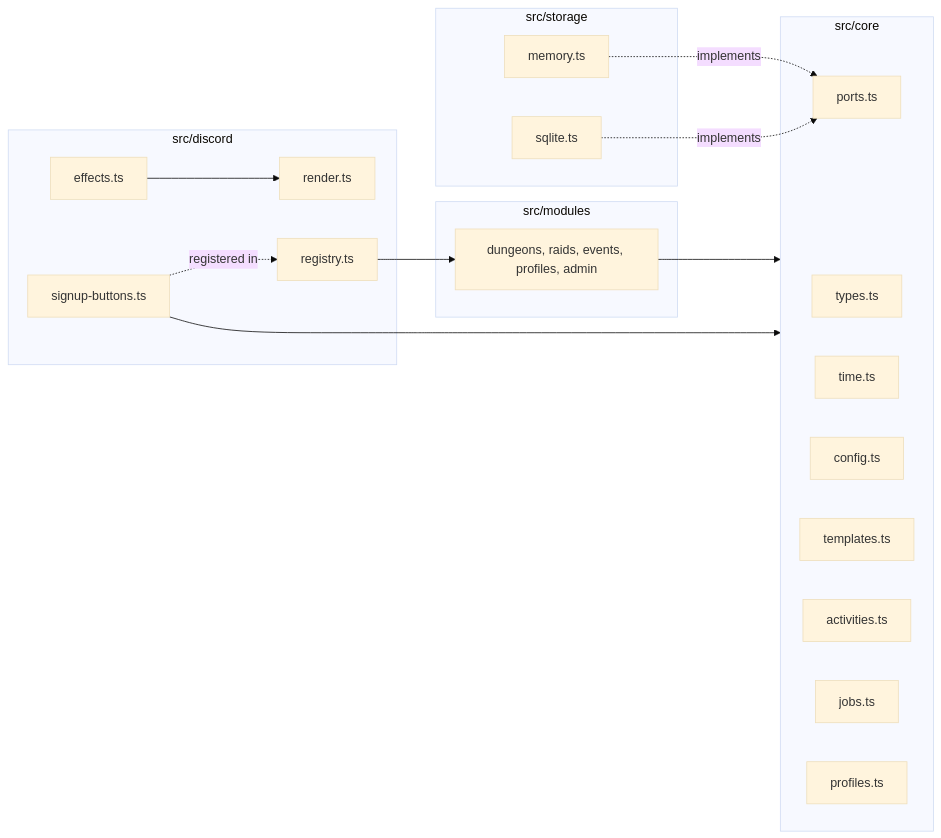
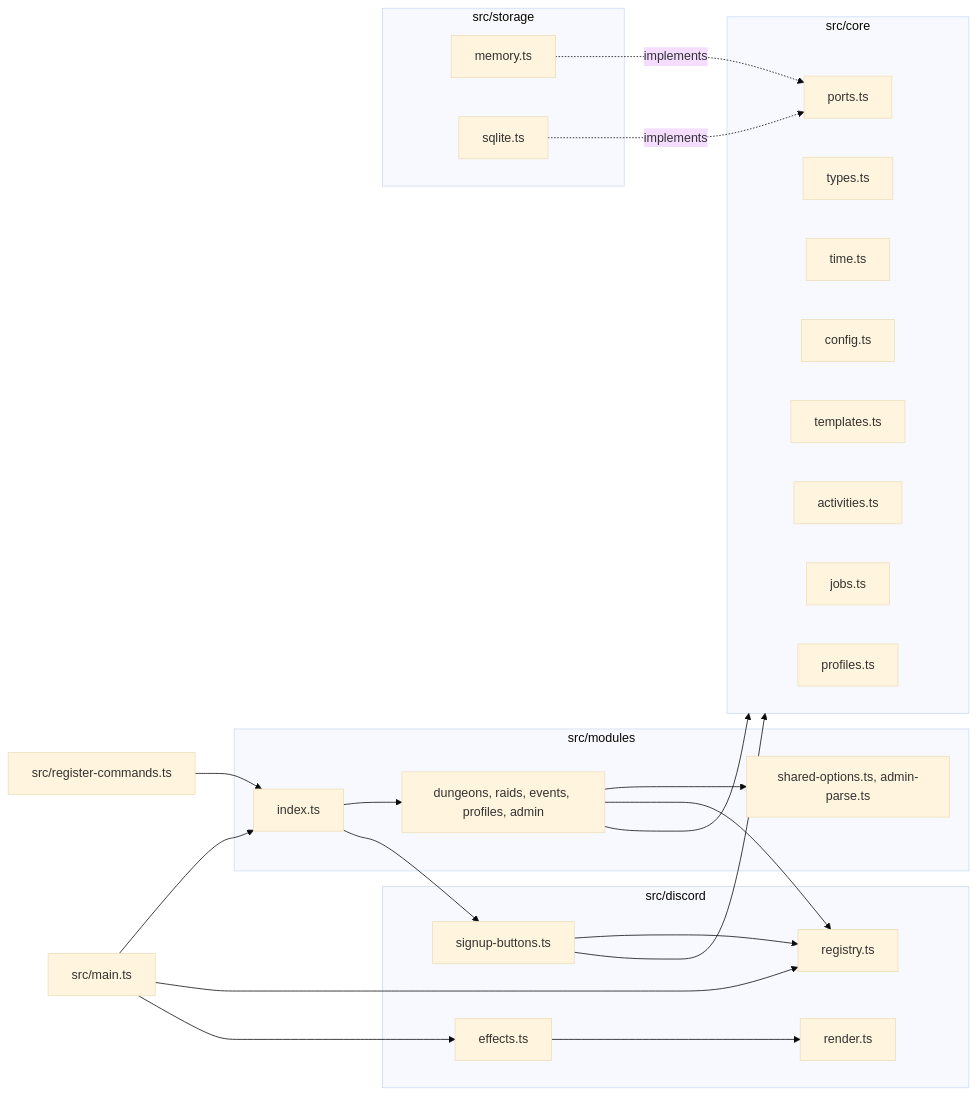
Before and after one commit to brookflok/dungeon-raid-discord-bot: the third of 7 diagrams in docs/architecture/arc42.md, drawn with Mermaid (base theme). The commit also changed other lines of this file and 16 other files, not shown here.

````diff
--- a/docs/architecture/arc42.md
+++ b/docs/architecture/arc42.md
@@ -141,33 +151,44 @@
 ```mermaid
 flowchart LR
+    main[src/main.ts]
+    register[src/register-commands.ts]
     subgraph core[src/core]
       types[types.ts]
       ports[ports.ts]
       time[time.ts]
       config[config.ts]
       templates[templates.ts]
       activities[activities.ts]
       jobs[jobs.ts]
       profiles[profiles.ts]
     end
     subgraph modules[src/modules]
+      index[index.ts]
       mods[dungeons, raids, events, profiles, admin]
+      shared[shared-options.ts, admin-parse.ts]
     end
     subgraph discord[src/discord]
       registry[registry.ts]
       render[render.ts]
       effects[effects.ts]
       signup[signup-buttons.ts]
     end
     subgraph storage[src/storage]
       memory[memory.ts]
       sqlite[sqlite.ts]
     end
-    registry --> mods
+    main --> index
+    register --> index
+    index --> mods
+    index --> signup
+    main --> registry
+    main --> effects
+    mods --> shared
+    mods --> registry
     mods --> core
+    signup --> registry
     signup --> core
     effects --> render
-    signup -. registered in .-> registry
     memory -. implements .-> ports
     sqlite -. implements .-> ports
 ```
````
